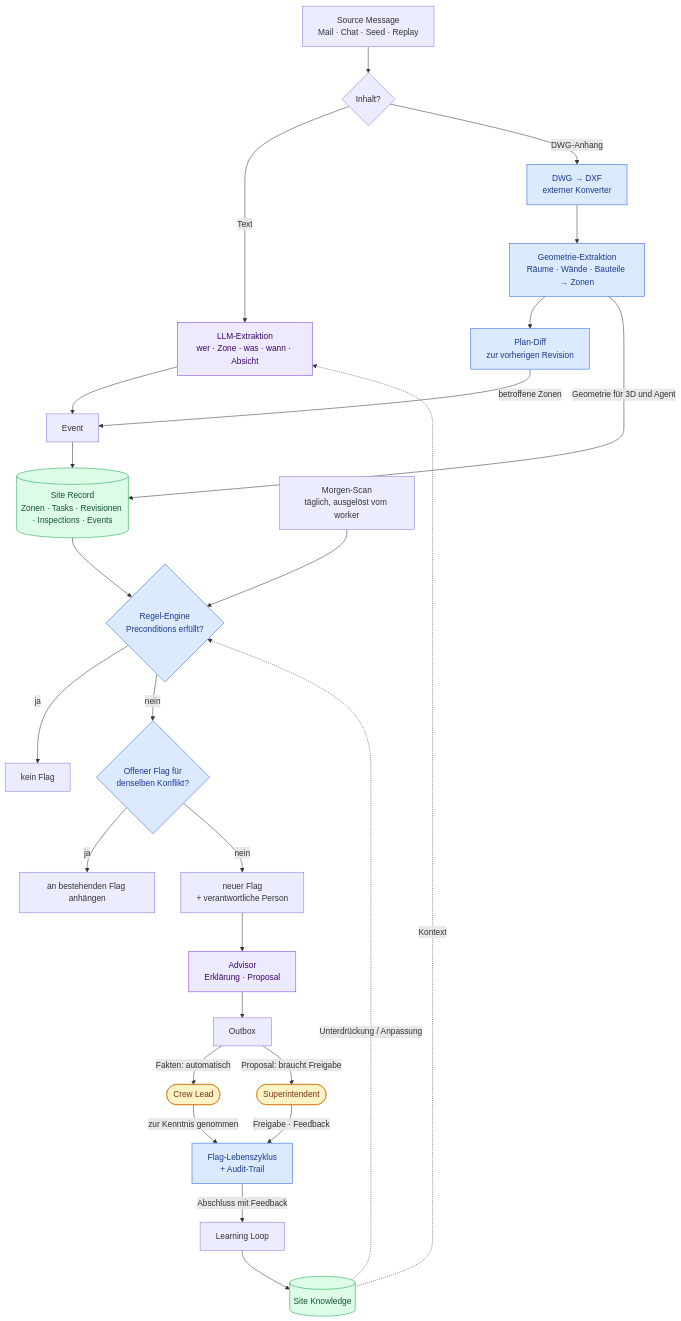
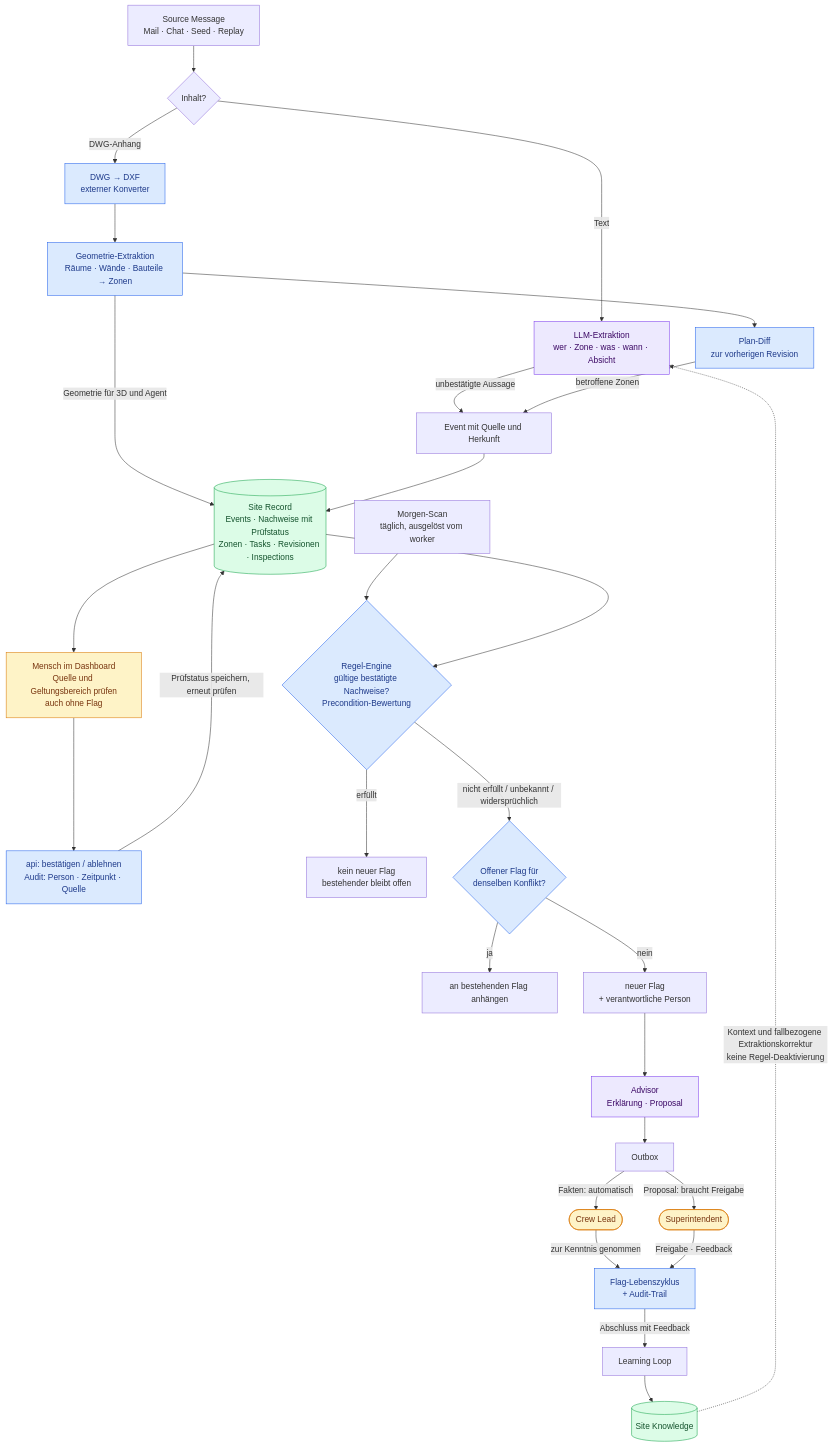
Before and after one commit to davidsteindl/ProximataHackathon: the second of 3 diagrams in README.md, drawn with Mermaid. The commit also changed other lines of this file and 2 other files, not shown here.

Commit message:
docs: require human confirmation of extracted evidence

````diff
--- a/README.md
+++ b/README.md
@@ -138,33 +138,35 @@
 ```mermaid
 flowchart TD
   classDef llm fill:#ede9fe,stroke:#7c3aed,color:#3b0764
   classDef rule fill:#dbeafe,stroke:#2563eb,color:#1e3a8a
   classDef store fill:#dcfce7,stroke:#16a34a,color:#14532d
   classDef human fill:#fef3c7,stroke:#d97706,color:#78350f
 
   IN["Source Message<br/>Mail · Chat · Seed · Replay"] --> TYP{"Inhalt?"}
   TYP -->|"Text"| EXTR["LLM-Extraktion<br/>wer · Zone · was · wann · Absicht"]:::llm
   TYP -->|"DWG-Anhang"| CONV["DWG → DXF<br/>externer Konverter"]:::rule
   CONV --> GEO["Geometrie-Extraktion<br/>Räume · Wände · Bauteile → Zonen"]:::rule
   GEO --> DIFF["Plan-Diff<br/>zur vorherigen Revision"]:::rule
-  EXTR --> EV["Event"]
+  EXTR -->|"unbestätigte Aussage"| EV["Event mit Quelle und Herkunft"]
   DIFF -->|"betroffene Zonen"| EV
   GEO -->|"Geometrie für 3D und Agent"| REC
-  EV --> REC[("Site Record<br/>Zonen · Tasks · Revisionen · Inspections · Events")]:::store
+  EV --> REC[("Site Record<br/>Events · Nachweise mit Prüfstatus<br/>Zonen · Tasks · Revisionen · Inspections")]:::store
+  REC --> REVIEW["Mensch im Dashboard<br/>Quelle und Geltungsbereich prüfen<br/>auch ohne Flag"]:::human
+  REVIEW --> VERIFY["api: bestätigen / ablehnen<br/>Audit: Person · Zeitpunkt · Quelle"]:::rule
+  VERIFY -->|"Prüfstatus speichern, erneut prüfen"| REC
   SCAN["Morgen-Scan<br/>täglich, ausgelöst vom worker"] --> RULES
-  REC --> RULES{"Regel-Engine<br/>Preconditions erfüllt?"}:::rule
-  RULES -->|"ja"| OK["kein Flag"]
-  RULES -->|"nein"| DEDUP{"Offener Flag für<br/>denselben Konflikt?"}:::rule
+  REC --> RULES{"Regel-Engine<br/>gültige bestätigte Nachweise?<br/>Precondition-Bewertung"}:::rule
+  RULES -->|"erfüllt"| OK["kein neuer Flag<br/>bestehender bleibt offen"]
+  RULES -->|"nicht erfüllt / unbekannt / widersprüchlich"| DEDUP{"Offener Flag für<br/>denselben Konflikt?"}:::rule
   DEDUP -->|"ja"| ATT["an bestehenden Flag anhängen"]
   DEDUP -->|"nein"| NEW["neuer Flag<br/>+ verantwortliche Person"]
   NEW --> ADV["Advisor<br/>Erklärung · Proposal"]:::llm
   ADV --> OUT["Outbox"]
   OUT -->|"Fakten: automatisch"| CL(["Crew Lead"]):::human
   OUT -->|"Proposal: braucht Freigabe"| SUP(["Superintendent"]):::human
   CL -->|"zur Kenntnis genommen"| LIFE["Flag-Lebenszyklus<br/>+ Audit-Trail"]:::rule
   SUP -->|"Freigabe · Feedback"| LIFE
   LIFE -->|"Abschluss mit Feedback"| LEARN["Learning Loop"]
   LEARN --> SK[("Site Knowledge")]:::store
-  SK -.->|"Kontext"| EXTR
-  SK -.->|"Unterdrückung / Anpassung"| RULES
+  SK -.->|"Kontext und fallbezogene Extraktionskorrektur<br/>keine Regel-Deaktivierung"| EXTR
 ```
````
